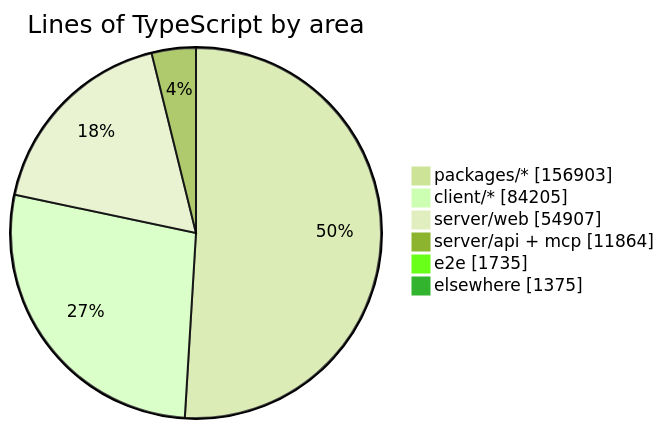
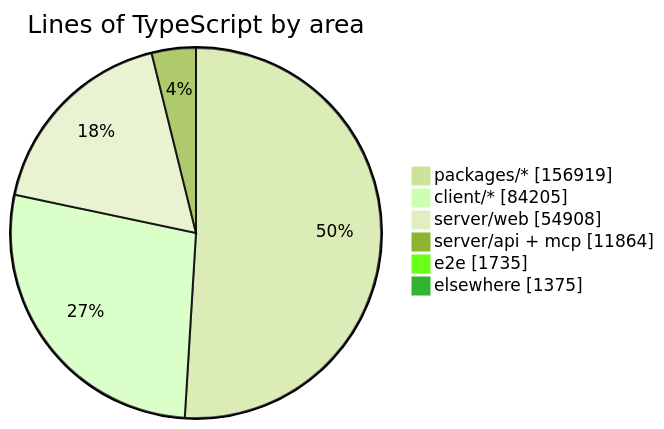
Before and after one commit to crossworks-engineering/mantle: the diagram in README.md, drawn with Mermaid (forest theme). The commit also changed other lines of this file and 4 other files, not shown here.

````diff
--- a/README.md
+++ b/README.md
@@ -279,9 +279,9 @@
 ```mermaid
 pie showData title Lines of TypeScript by area
-    "packages/*" : 156903
+    "packages/*" : 156919
     "client/*" : 84205
-    "server/web" : 54907
+    "server/web" : 54908
     "server/api + mcp" : 11864
     "e2e" : 1735
     "elsewhere" : 1375
 ```
````
